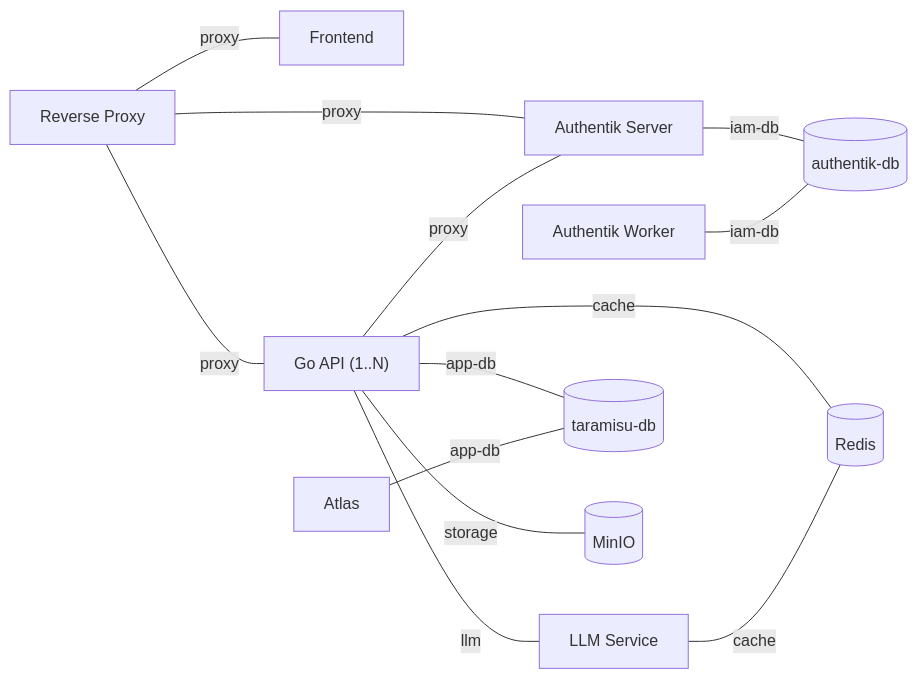
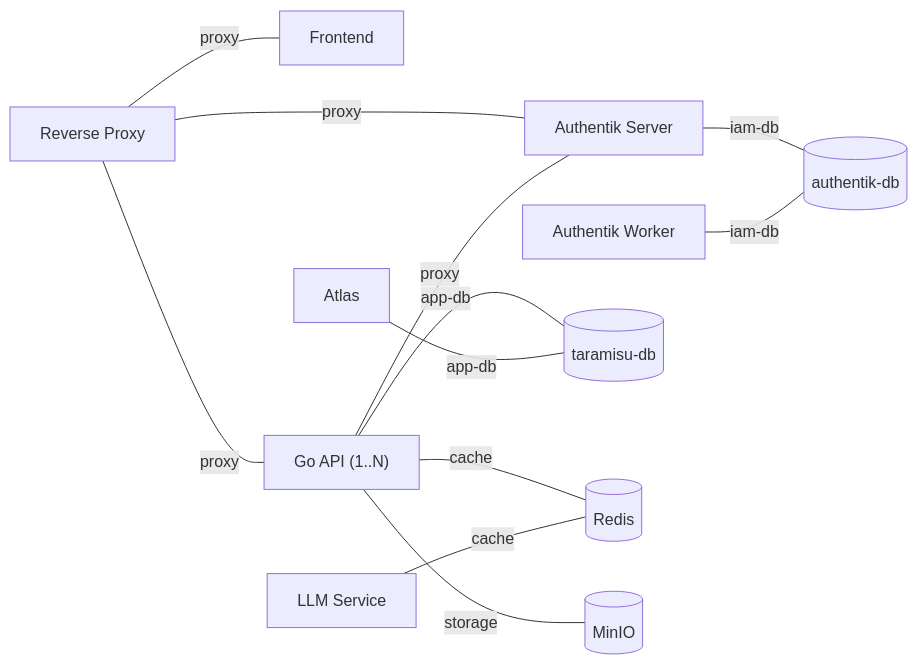
Before and after one commit to thi-taramisu/taramisu: the second of 2 diagrams in docs/internal/architecture/architecture-overview.md, drawn with Mermaid. The commit also changed other lines of this file, not shown here.

````diff
--- a/docs/internal/architecture/architecture-overview.md
+++ b/docs/internal/architecture/architecture-overview.md
@@ -102,32 +100,30 @@
 ```mermaid
 flowchart LR
     Proxy["Reverse Proxy"]
     FE["Frontend"]
     API["Go API (1..N)"]
     AS["Authentik Server"]
     AW["Authentik Worker"]
     Atlas["Atlas"]
     LLM["LLM Service"]
     AppDB[("taramisu-db")]
     IAMDB[("authentik-db")]
     Redis[("Redis")]
     MinIO[("MinIO")]
 
     Proxy ---|proxy| FE
     Proxy ---|proxy| API
     Proxy ---|proxy| AS
     API ---|proxy| AS
 
     API ---|app-db| AppDB
     Atlas ---|app-db| AppDB
 
     AS ---|iam-db| IAMDB
     AW ---|iam-db| IAMDB
 
     API ---|cache| Redis
     LLM ---|cache| Redis
 
     API ---|storage| MinIO
-
-    API ---|llm| LLM
 ```
````
